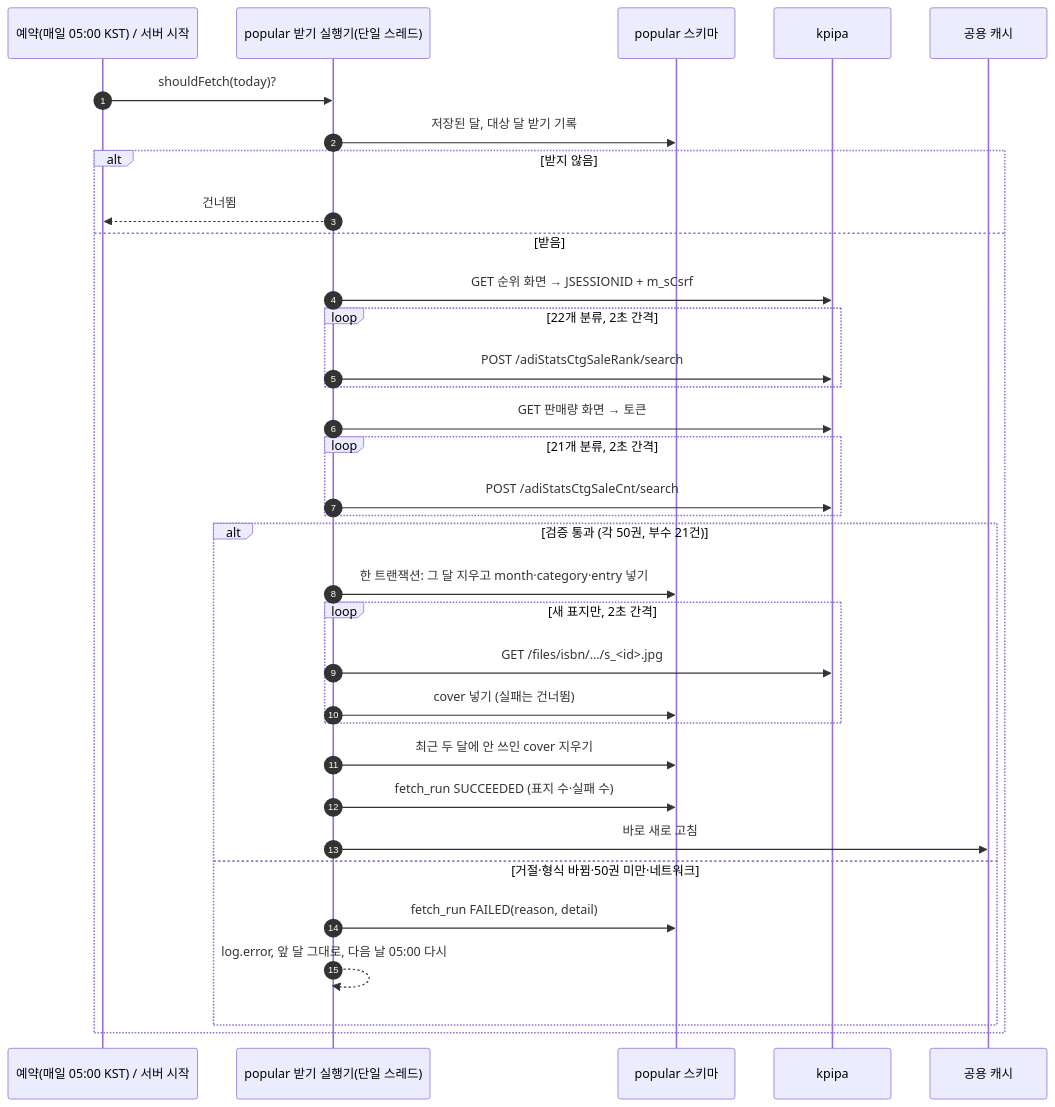
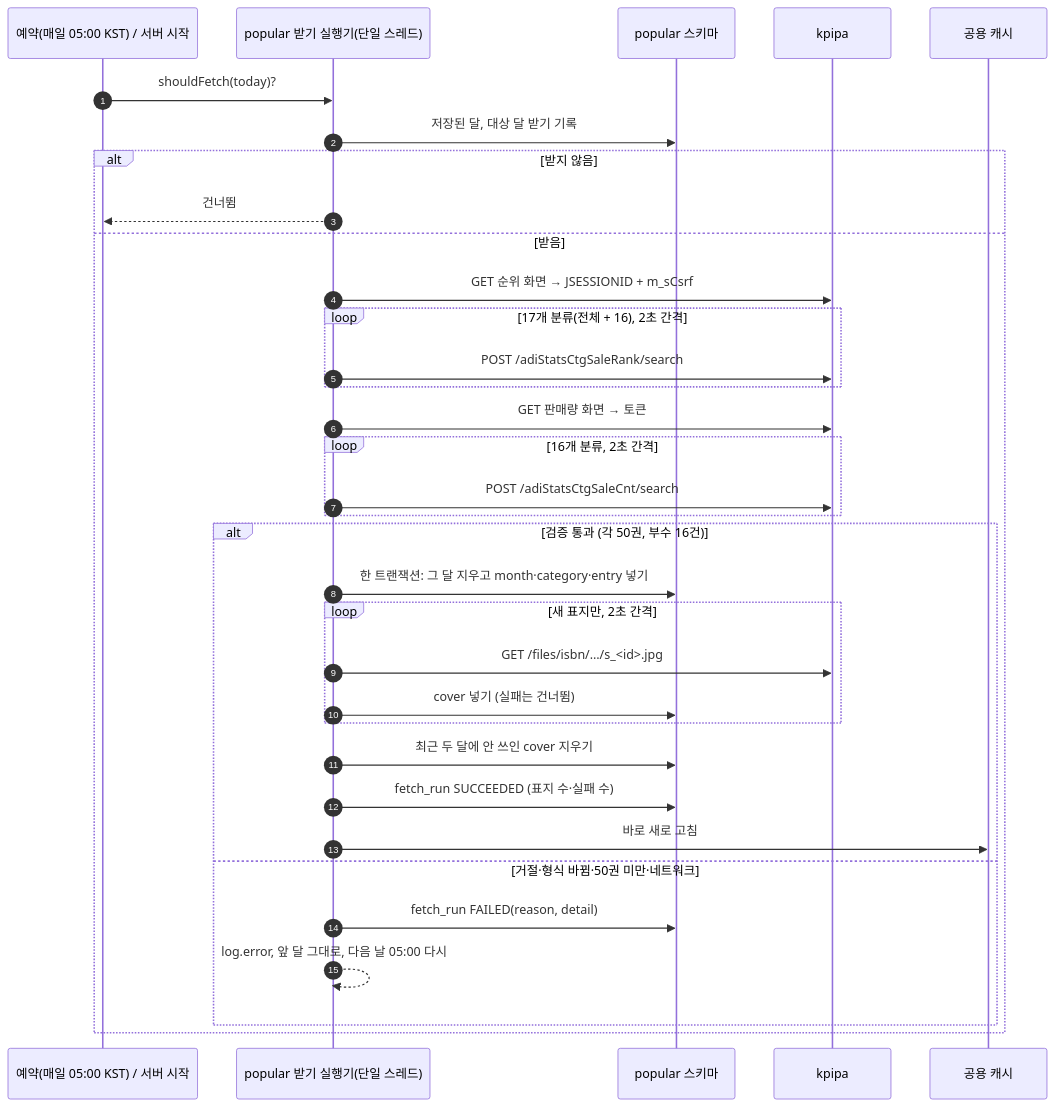
The second of 7 diagrams in docs/cycles/10-popular-books/design-delta.md (hodu-sketch/chaekcheck-plan), drawn with Mermaid before and after one commit. The commit also changed other lines of this file and 8 other files, not shown here.

````diff
--- a/docs/cycles/10-popular-books/design-delta.md
+++ b/docs/cycles/10-popular-books/design-delta.md
@@ -37,36 +39,36 @@
 ```mermaid
 sequenceDiagram
   autonumber
   participant T as 예약(매일 05:00 KST) / 서버 시작
   participant J as popular 받기 실행기(단일 스레드)
   participant DB as popular 스키마
   participant K as kpipa
   participant C as 공용 캐시
   T->>J: shouldFetch(today)?
   J->>DB: 저장된 달, 대상 달 받기 기록
   alt 받지 않음
     J-->>T: 건너뜀
   else 받음
     J->>K: GET 순위 화면 → JSESSIONID + m_sCsrf
-    loop 22개 분류, 2초 간격
+    loop 17개 분류(전체 + 16), 2초 간격
       J->>K: POST /adiStatsCtgSaleRank/search
     end
     J->>K: GET 판매량 화면 → 토큰
-    loop 21개 분류, 2초 간격
+    loop 16개 분류, 2초 간격
       J->>K: POST /adiStatsCtgSaleCnt/search
     end
-    alt 검증 통과 (각 50권, 부수 21건)
+    alt 검증 통과 (각 50권, 부수 16건)
       J->>DB: 한 트랜잭션: 그 달 지우고 month·category·entry 넣기
       loop 새 표지만, 2초 간격
         J->>K: GET /files/isbn/…/s_<id>.jpg
         J->>DB: cover 넣기 (실패는 건너뜀)
       end
       J->>DB: 최근 두 달에 안 쓰인 cover 지우기
       J->>DB: fetch_run SUCCEEDED (표지 수·실패 수)
       J->>C: 바로 새로 고침
     else 거절·형식 바뀜·50권 미만·네트워크
       J->>DB: fetch_run FAILED(reason, detail)
       J-->>J: log.error, 앞 달 그대로, 다음 날 05:00 다시
     end
   end
 ```
````
